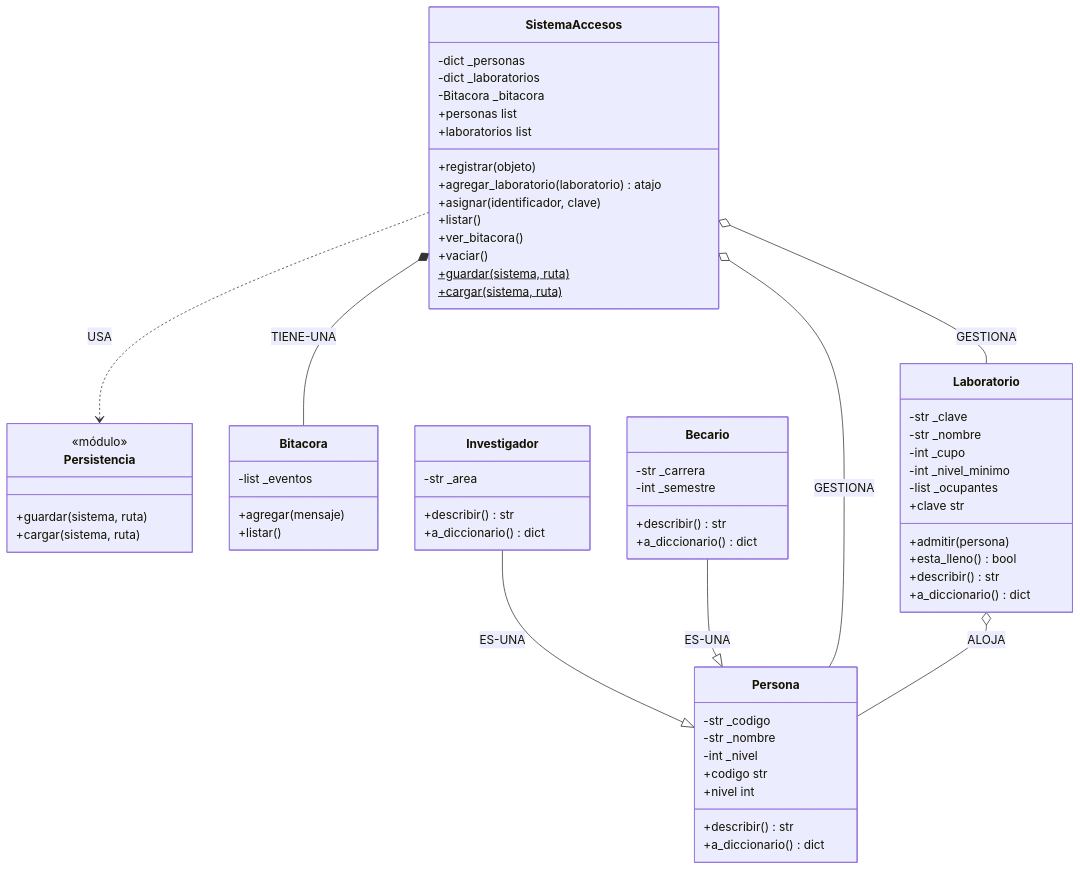
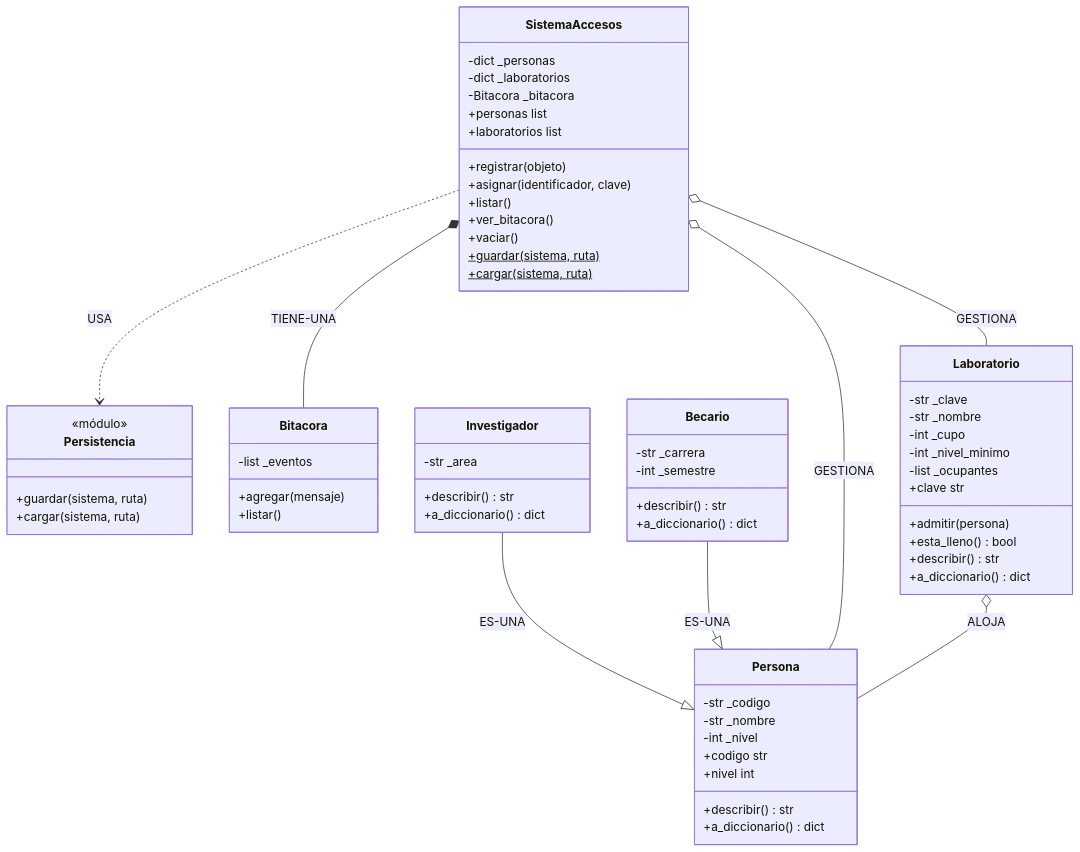
One commit to vincent-net-mx/prog2-2026b-equipo12 changed the diagram in README.md. Above: the diagram before and after it, drawn with Mermaid. The commit also changed other lines of this file, not shown here.

````diff
--- a/README.md
+++ b/README.md
@@ -65,76 +65,75 @@
 ```mermaid
 classDiagram
     direction TB
 
     class SistemaAccesos {
         -dict _personas
         -dict _laboratorios
         -Bitacora _bitacora
         +personas list
         +laboratorios list
         +registrar(objeto)
-        +agregar_laboratorio(laboratorio) atajo
         +asignar(identificador, clave)
         +listar()
         +ver_bitacora()
         +vaciar()
         +guardar(sistema, ruta)$
         +cargar(sistema, ruta)$
     }
 
     class Persistencia {
         <<módulo>>
         +guardar(sistema, ruta)
         +cargar(sistema, ruta)
     }
 
     class Bitacora {
         -list _eventos
         +agregar(mensaje)
         +listar()
     }
 
     class Persona {
         -str _codigo
         -str _nombre
         -int _nivel
         +codigo str
         +nivel int
         +describir() str
         +a_diccionario() dict
     }
 
     class Investigador {
         -str _area
         +describir() str
         +a_diccionario() dict
     }
 
     class Becario {
         -str _carrera
         -int _semestre
         +describir() str
         +a_diccionario() dict
     }
 
     class Laboratorio {
         -str _clave
         -str _nombre
         -int _cupo
         -int _nivel_minimo
         -list _ocupantes
         +clave str
         +admitir(persona)
         +esta_lleno() bool
         +describir() str
         +a_diccionario() dict
     }
 
     Investigador --|> Persona : ES-UNA
     Becario --|> Persona : ES-UNA
     SistemaAccesos *-- Bitacora : TIENE-UNA
     SistemaAccesos o-- Persona : GESTIONA
     SistemaAccesos o-- Laboratorio : GESTIONA
     Laboratorio o-- Persona : ALOJA
     SistemaAccesos ..> Persistencia : USA
 ```
````
